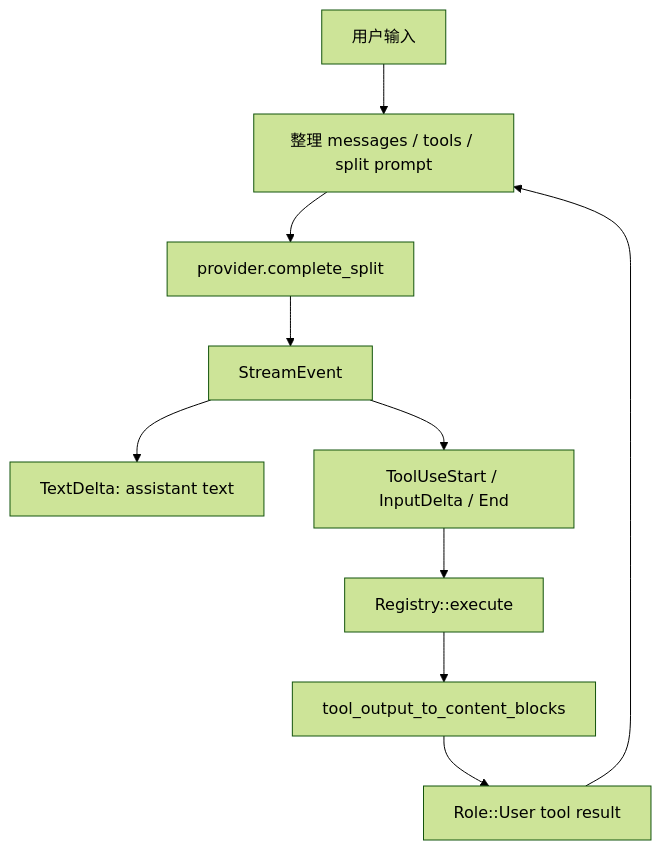
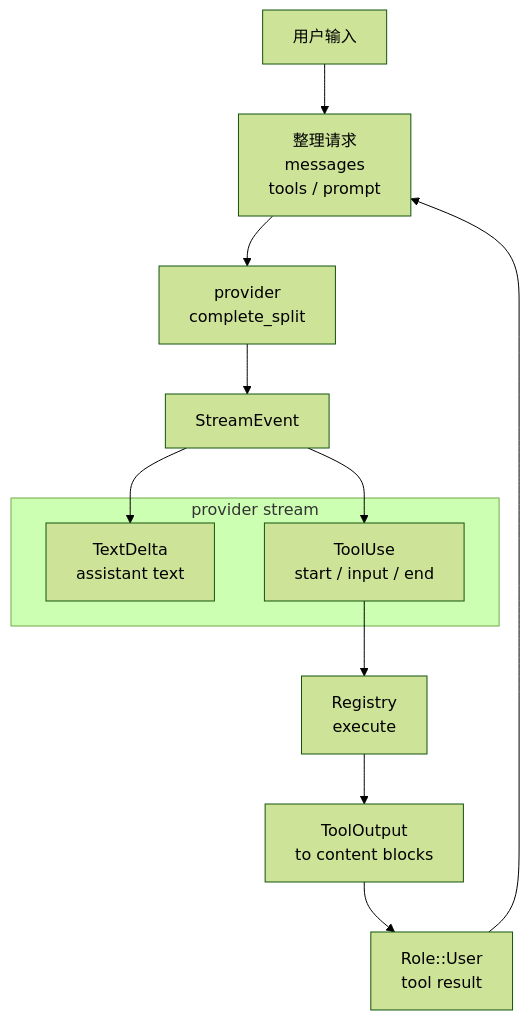
Before and after one commit to Br1an67/learn-jcode: the diagram in docs/zh/s03-agent-loop.md, drawn with Mermaid (forest theme). The commit also changed 23 other files, not shown here.

Commit message:
Improve Mermaid diagram layout

````diff
--- a/docs/zh/s03-agent-loop.md
+++ b/docs/zh/s03-agent-loop.md
@@ -31,12 +31,18 @@
 ```mermaid
 flowchart TD
-  User["用户输入"] --> Prep["整理 messages / tools / split prompt"]
-  Prep --> Provider["provider.complete_split"]
+  User["用户输入"] --> Prep["整理请求<br/>messages<br/>tools / prompt"]
+  Prep --> Provider["provider<br/>complete_split"]
   Provider --> Stream["StreamEvent"]
-  Stream --> Text["TextDelta: assistant text"]
-  Stream --> ToolUse["ToolUseStart / InputDelta / End"]
-  ToolUse --> Registry["Registry::execute"]
-  Registry --> Blocks["tool_output_to_content_blocks"]
-  Blocks --> History["Role::User tool result"]
+
+  subgraph Output["provider stream"]
+    Text["TextDelta<br/>assistant text"]
+    ToolUse["ToolUse<br/>start / input / end"]
+  end
+
+  Stream --> Text
+  Stream --> ToolUse
+  ToolUse --> Registry["Registry<br/>execute"]
+  Registry --> Blocks["ToolOutput<br/>to content blocks"]
+  Blocks --> History["Role::User<br/>tool result"]
   History --> Prep
 ```
````
